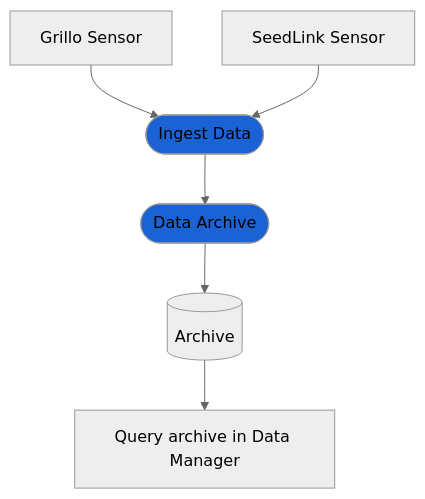
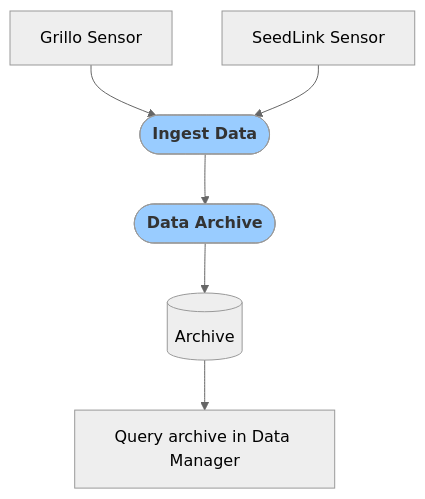
Before and after one commit to grillo/grillo-docs: the diagram in docs/how-to/archive_data.md, drawn with Mermaid (neutral theme). The commit also changed 38 other files, not shown here.

````diff
--- a/docs/how-to/archive_data.md
+++ b/docs/how-to/archive_data.md
@@ -9,6 +9,6 @@
 ```mermaid
 flowchart TB
-   A[Grillo Sensor] & B[SeedLink Sensor] --> C([Ingest Data]) --> D([Data Archive]) --> E[(Archive)] --> F[Query archive in Data Manager]
-   style C fill:#1b62d4
-   style D fill:#1b62d4
+   A[Grillo Sensor] & B[SeedLink Sensor] --> C([<font color=333333><b>Ingest Data</b>]) --> D([<font color=333333><b>Data Archive</b>]) --> E[(Archive)] --> F[Query archive in Data Manager]
+   style C fill:#99CCFF
+   style D fill:#99CCFF
 ```
````
